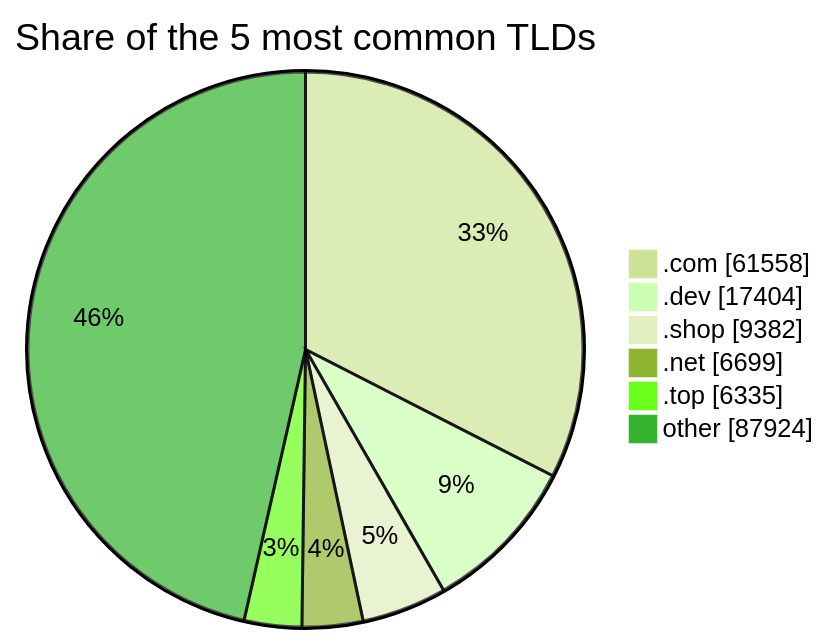
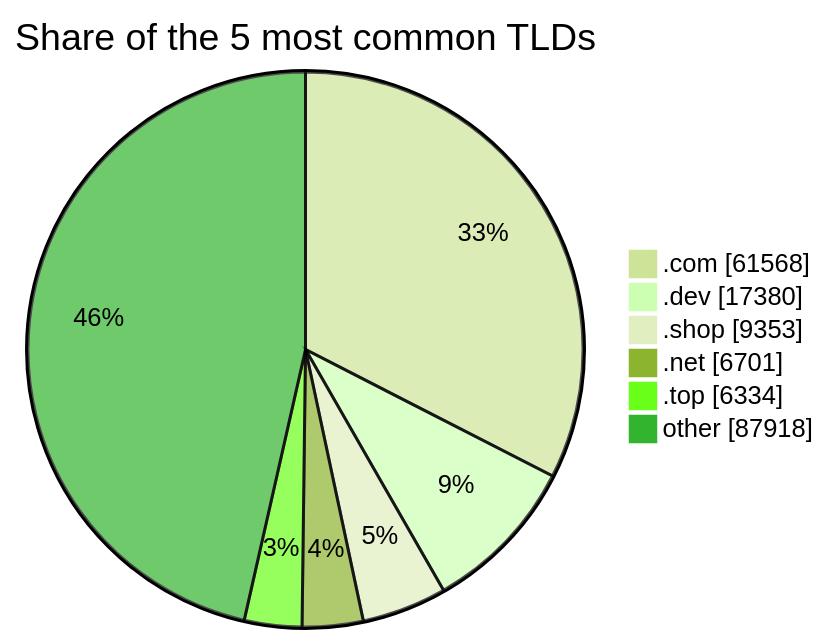
Before and after one commit to DNSBunker/CTI: the third of 3 diagrams in README.md, drawn with Mermaid (forest theme). The commit also changed other lines of this file and 3 other files, not shown here.

````diff
--- a/README.md
+++ b/README.md
@@ -81,9 +81,9 @@
 ```mermaid
 pie showData title Share of the 5 most common TLDs
-    ".com" : 61558
-    ".dev" : 17404
-    ".shop" : 9382
-    ".net" : 6699
-    ".top" : 6335
-    "other" : 87924
+    ".com" : 61568
+    ".dev" : 17380
+    ".shop" : 9353
+    ".net" : 6701
+    ".top" : 6334
+    "other" : 87918
 ```
````
